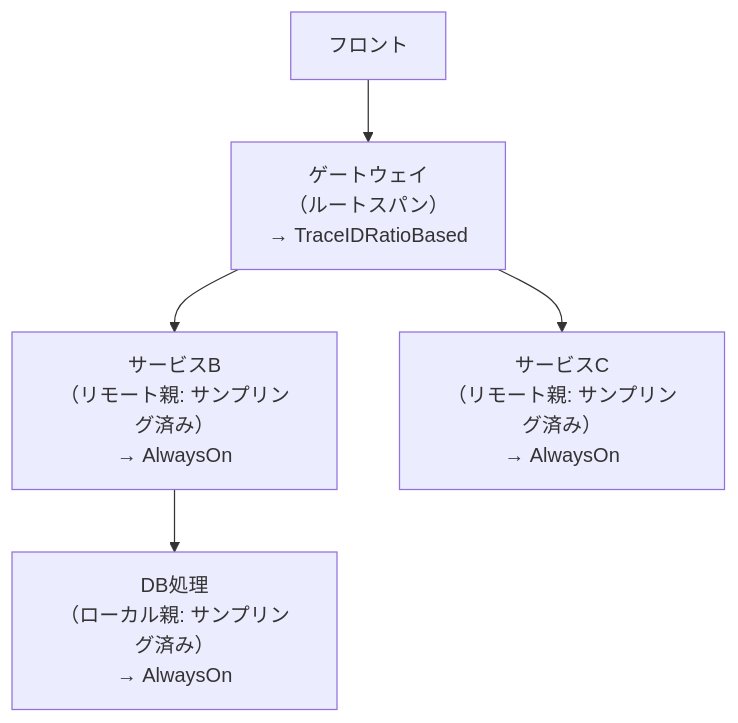
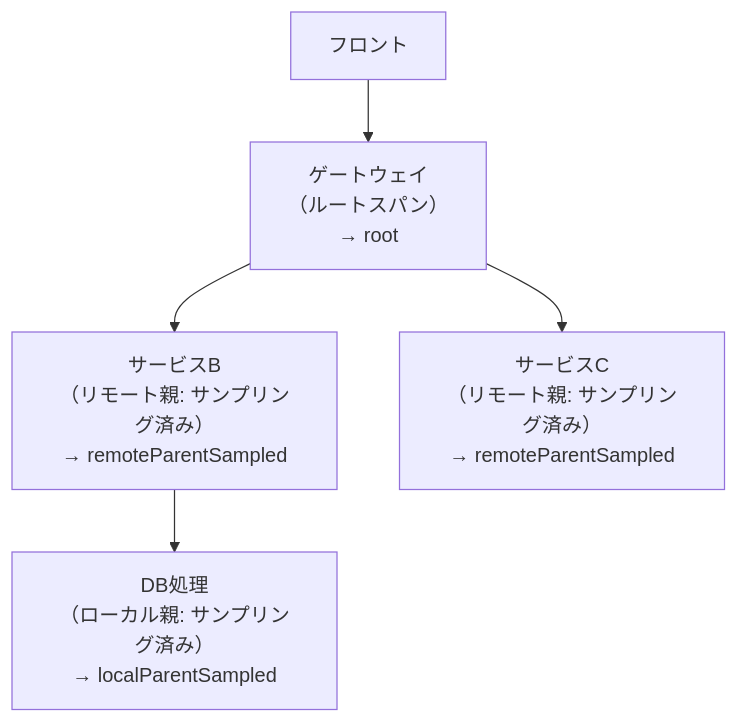
One commit to k3forx/zenn changed the second of 2 diagrams in articles/0d30698e6b1b57.md. Above: the diagram before and after it, drawn with Mermaid. The commit also changed other lines of this file, not shown here.

````diff
--- a/articles/0d30698e6b1b57.md
+++ b/articles/0d30698e6b1b57.md
@@ -283,7 +296,7 @@
 ```mermaid
 graph TD
-    A["フロント"] --> B["ゲートウェイ<br/>（ルートスパン）<br/>→ TraceIDRatioBased"]
-    B --> C["サービスB<br/>（リモート親: サンプリング済み）<br/>→ AlwaysOn"]
-    B --> D["サービスC<br/>（リモート親: サンプリング済み）<br/>→ AlwaysOn"]
-    C --> E["DB処理<br/>（ローカル親: サンプリング済み）<br/>→ AlwaysOn"]
+    A["フロント"] --> B["ゲートウェイ<br/>（ルートスパン）<br/>→ root"]
+    B --> C["サービスB<br/>（リモート親: サンプリング済み）<br/>→ remoteParentSampled"]
+    B --> D["サービスC<br/>（リモート親: サンプリング済み）<br/>→ remoteParentSampled"]
+    C --> E["DB処理<br/>（ローカル親: サンプリング済み）<br/>→ localParentSampled"]
 ```
````
